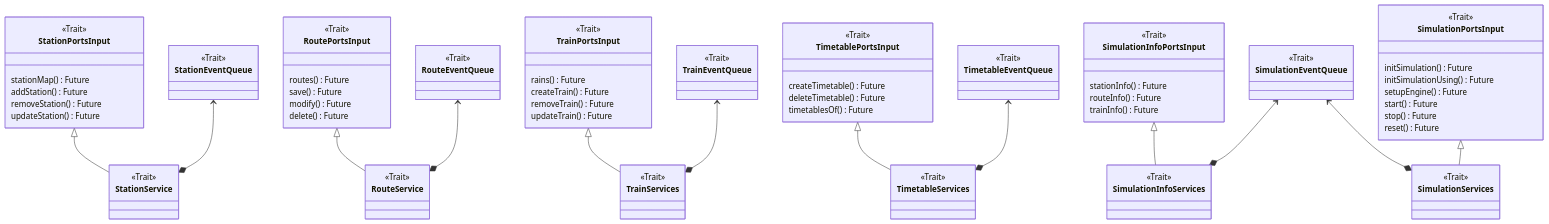
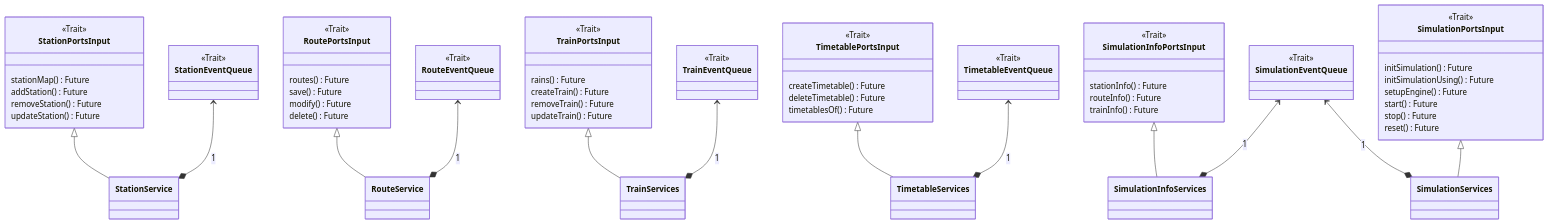
The third of 19 diagrams in docs/report/4-details-design.md (dev-pps/pps-23-ulisse), drawn with Mermaid before and after one commit. The commit also changed other lines of this file, not shown here.

````diff
--- a/docs/report/4-details-design.md
+++ b/docs/report/4-details-design.md
@@ -159,78 +166,72 @@
 ```mermaid
 classDiagram
     direction TB
     class StationService
     class RouteService
     class TrainServices
     class TimetableServices
     class SimulationInfoServices
     class SimulationServices
 
     class StationPortsInput
     class RoutePortsInput
     class TrainPortsInput
     class TimetablePortsInput
     class SimulationInfoPortsInput
     class SimulationPortsInput
 
     class StationEventQueue
     class RouteEventQueue
     class TrainEventQueue
     class TimetableEventQueue
     class TrainEventQueue
     class SimulationEventQueue
 
     <<Trait>> StationEventQueue
     <<Trait>> RouteEventQueue
     <<Trait>> TrainEventQueue
     <<Trait>> TimetableEventQueue
     <<Trait>> SimulationEventQueue
-    <<Trait>> StationService
-    <<Trait>> RouteService
-    <<Trait>> TrainServices
-    <<Trait>> TimetableServices
-    <<Trait>> SimulationServices
-    <<Trait>> SimulationInfoServices
     <<Trait>> StationPortsInput
     <<Trait>> RoutePortsInput
     <<Trait>> TrainPortsInput
     <<Trait>> TimetablePortsInput
     <<Trait>> SimulationPortsInput
     <<Trait>> SimulationInfoPortsInput
     StationPortsInput: stationMap() Future
     StationPortsInput: addStation() Future
     StationPortsInput: removeStation() Future
     StationPortsInput: updateStation() Future
     RoutePortsInput: routes() Future
     RoutePortsInput: save() Future
     RoutePortsInput: modify() Future
     RoutePortsInput: delete() Future
     TrainPortsInput: rains() Future
     TrainPortsInput: createTrain() Future
     TrainPortsInput: removeTrain() Future
     TrainPortsInput: updateTrain() Future
     TimetablePortsInput: createTimetable() Future
     TimetablePortsInput: deleteTimetable() Future
     TimetablePortsInput: timetablesOf() Future
     SimulationInfoPortsInput: stationInfo() Future
     SimulationInfoPortsInput: routeInfo() Future
     SimulationInfoPortsInput: trainInfo() Future
     SimulationPortsInput: initSimulation() Future
     SimulationPortsInput: initSimulationUsing() Future
     SimulationPortsInput: setupEngine() Future
     SimulationPortsInput: start() Future
     SimulationPortsInput: stop() Future
     SimulationPortsInput: reset() Future
-    StationEventQueue <--* StationService
-    RouteEventQueue <--* RouteService
-    TrainEventQueue <--* TrainServices
-    TimetableEventQueue <--* TimetableServices
-    SimulationEventQueue <--* SimulationServices
-    SimulationEventQueue <--* SimulationInfoServices
+    StationEventQueue <--* StationService: 1
+    RouteEventQueue <--* RouteService: 1
+    TrainEventQueue <--* TrainServices: 1
+    TimetableEventQueue <--* TimetableServices: 1
+    SimulationEventQueue <--* SimulationServices: 1
+    SimulationEventQueue <--* SimulationInfoServices: 1
     StationPortsInput <|-- StationService
     RoutePortsInput <|-- RouteService
     TrainPortsInput <|-- TrainServices
     TimetablePortsInput <|-- TimetableServices
     SimulationPortsInput <|-- SimulationServices
     SimulationInfoPortsInput <|-- SimulationInfoServices 
 ```
````
